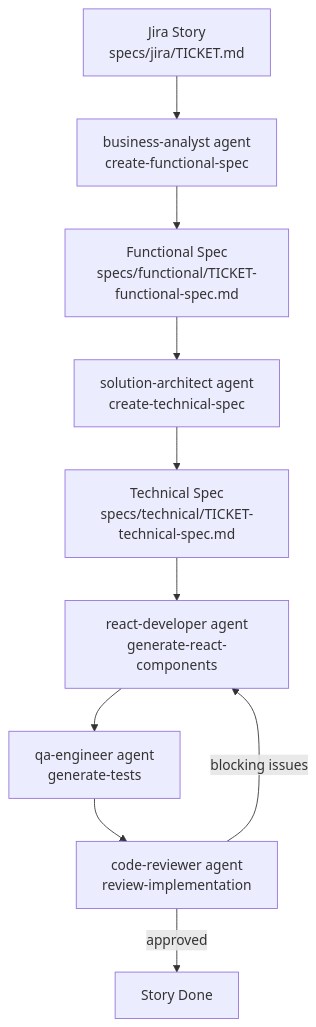
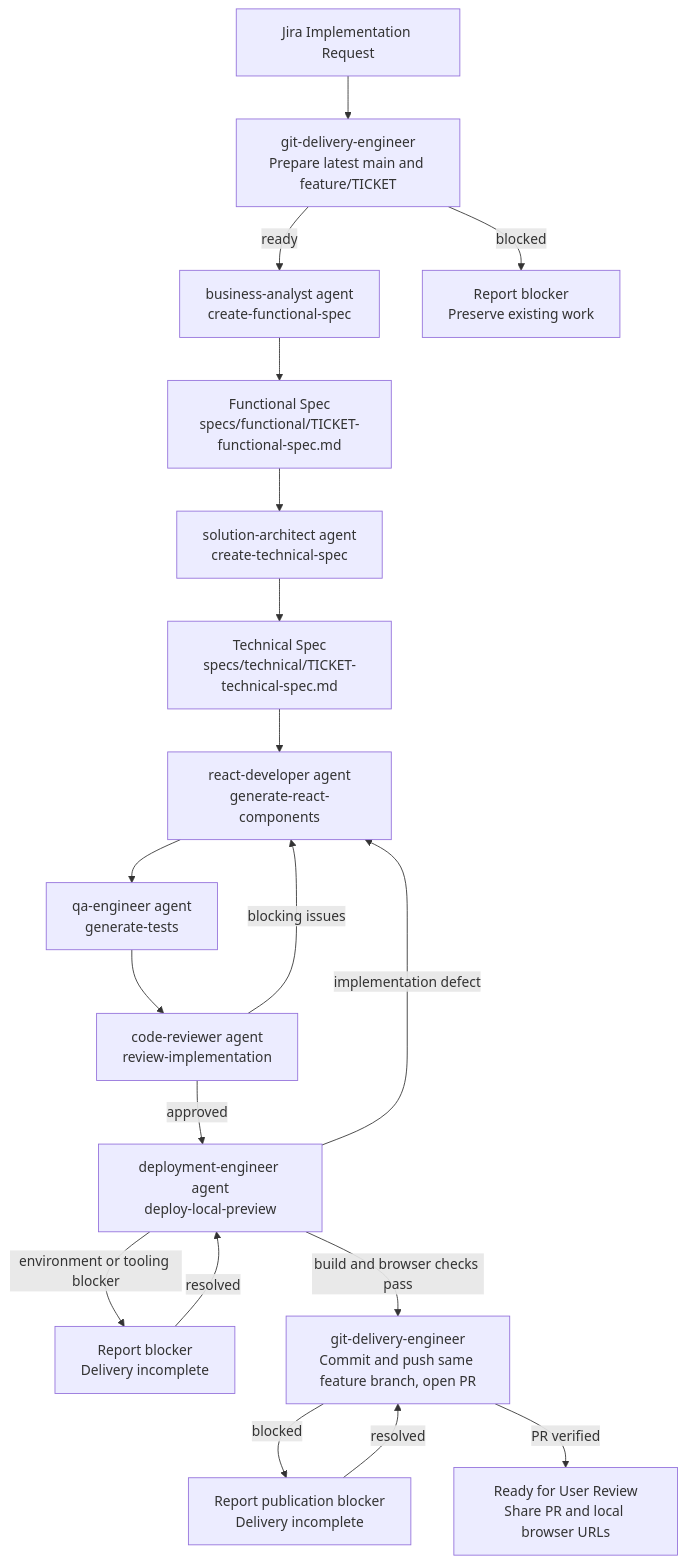
Before and after one commit to palakdebnath/order-ui: the diagram in .claude/workflows/jira-to-code.md, drawn with Mermaid. The commit also changed other lines of this file and 17 other files, not shown here.

````diff
--- a/.claude/workflows/jira-to-code.md
+++ b/.claude/workflows/jira-to-code.md
@@ -12,12 +18,21 @@
 ```mermaid
 flowchart TD
-    A[Jira Story\nspecs/jira/TICKET.md] --> B[business-analyst agent\ncreate-functional-spec]
+   A[Jira Implementation Request] --> P[git-delivery-engineer\nPrepare latest main and feature/TICKET]
+   P -->|ready| B[business-analyst agent\ncreate-functional-spec]
+   P -->|blocked| Q[Report blocker\nPreserve existing work]
     B --> C[Functional Spec\nspecs/functional/TICKET-functional-spec.md]
     C --> D[solution-architect agent\ncreate-technical-spec]
     D --> E[Technical Spec\nspecs/technical/TICKET-technical-spec.md]
     E --> F[react-developer agent\ngenerate-react-components]
     F --> G[qa-engineer agent\ngenerate-tests]
     G --> H[code-reviewer agent\nreview-implementation]
     H -->|blocking issues| F
-    H -->|approved| I[Story Done]
+      H -->|approved| I[deployment-engineer agent\ndeploy-local-preview]
+      I -->|implementation defect| F
+      I -->|environment or tooling blocker| K[Report blocker\nDelivery incomplete]
+      K -->|resolved| I
+      I -->|build and browser checks pass| R[git-delivery-engineer\nCommit and push same feature branch, open PR]
+      R -->|blocked| S[Report publication blocker\nDelivery incomplete]
+      S -->|resolved| R
+      R -->|PR verified| J[Ready for User Review\nShare PR and local browser URLs]
 ```
````
